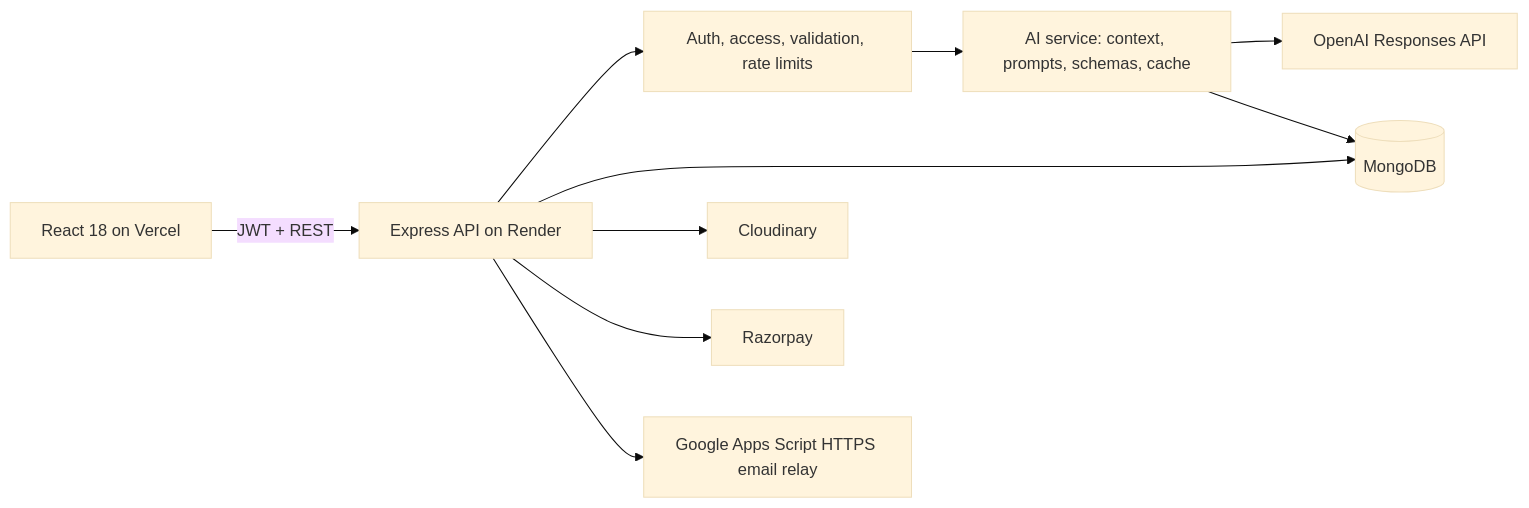
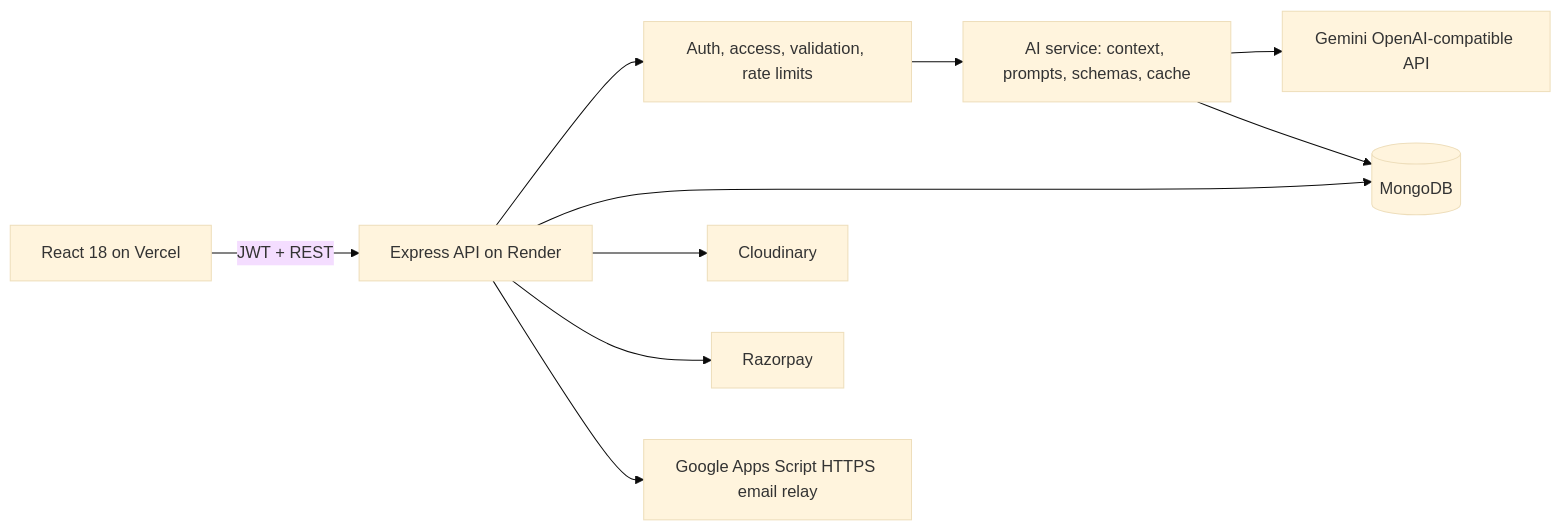
One commit to Himansh1997/StudyNotion-AI changed the diagram in README.md. Above: the diagram before and after it, drawn with Mermaid (base theme). The commit also changed other lines of this file and 6 other files, not shown here.

````diff
--- a/README.md
+++ b/README.md
@@ -7,12 +7,12 @@
 ```mermaid
 flowchart LR
   Browser["React 18 on Vercel"] -->|"JWT + REST"| API["Express API on Render"]
   API --> Auth["Auth, access, validation, rate limits"]
   API --> Mongo[("MongoDB")]
   API --> Cloudinary["Cloudinary"]
   API --> Razorpay["Razorpay"]
   API --> Mail["Google Apps Script HTTPS email relay"]
   Auth --> AI["AI service: context, prompts, schemas, cache"]
-  AI --> OpenAI["OpenAI Responses API"]
+  AI --> Gemini["Gemini OpenAI-compatible API"]
   AI --> Mongo
 ```
````
